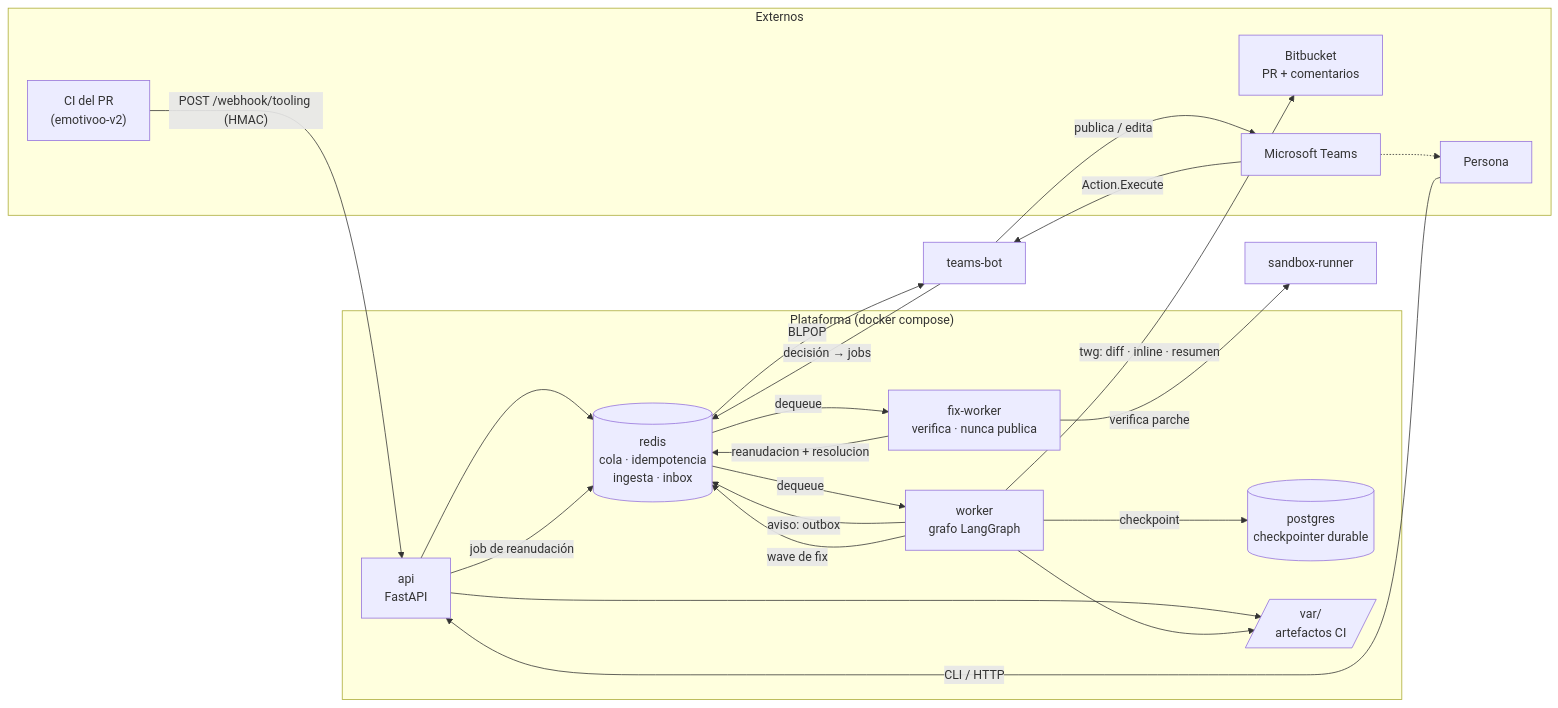
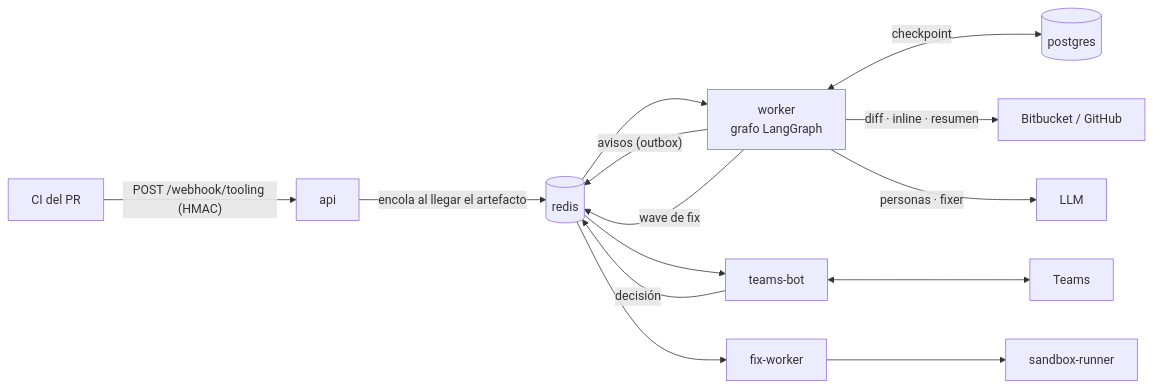
One commit to pcgarat/agent-review-langgraph changed the diagram in README.md. Above: the diagram before and after it, drawn with Mermaid. The commit also changed other lines of this file, not shown here.

Commit message:
docs(readme): reescribir la puerta de entrada del repositorio

````diff
--- a/README.md
+++ b/README.md
@@ -25,38 +28,14 @@
 ```mermaid
 flowchart LR
-    subgraph EXT["Externos"]
-        CI["CI del PR<br/>(emotivoo-v2)"]
-        BB["Bitbucket<br/>PR + comentarios"]
-        TEAMS["Microsoft Teams"]
-        HUMAN["Persona"]
-    end
-
-    subgraph PLAT["Plataforma (docker compose)"]
-        API["api<br/>FastAPI"]
-        WORKER["worker<br/>grafo LangGraph"]
-        FIXW["fix-worker<br/>verifica · nunca publica"]
-        REDIS[("redis<br/>cola · idempotencia<br/>ingesta · inbox")]
-        PG[("postgres<br/>checkpointer durable")]
-        VAR[/"var/<br/>artefactos CI"/]
-    end
-
-    CI -->|"POST /webhook/tooling (HMAC)"| API
-    API --> VAR
-    API --> REDIS
-    REDIS -->|dequeue| WORKER
-    WORKER --> VAR
-    WORKER -->|checkpoint| PG
-    WORKER -->|"twg: diff · inline · resumen"| BB
-    WORKER -->|"aviso: outbox"| REDIS
-    REDIS -->|BLPOP| BOT["teams-bot"]
-    BOT -->|"publica / edita"| TEAMS
-    TEAMS -->|"Action.Execute"| BOT
-    BOT -->|"decisión → jobs"| REDIS
+    CI["CI del PR"] -->|"POST /webhook/tooling (HMAC)"| API["api"]
+    API -->|"encola al llegar el artefacto"| REDIS[("redis")]
+    REDIS --> WORKER["worker<br/>grafo LangGraph"]
+    WORKER <-->|checkpoint| PG[("postgres")]
+    WORKER -->|"diff · inline · resumen"| VCS["Bitbucket / GitHub"]
+    WORKER -->|"personas · fixer"| LLM["LLM"]
+    WORKER -->|"avisos (outbox)"| REDIS
+    REDIS --> BOT["teams-bot"] <--> TEAMS["Teams"]
+    BOT -->|"decisión"| REDIS
     WORKER -->|"wave de fix"| REDIS
-    REDIS -->|dequeue| FIXW
-    FIXW -->|verifica parche| RUNNER["sandbox-runner"]
-    FIXW -->|"reanudacion + resolucion"| REDIS
-    HUMAN -->|"CLI / HTTP"| API
-    API -->|"job de reanudación"| REDIS
-    TEAMS -.-> HUMAN
+    REDIS --> FIXW["fix-worker"] --> RUNNER["sandbox-runner"]
 ```
````
